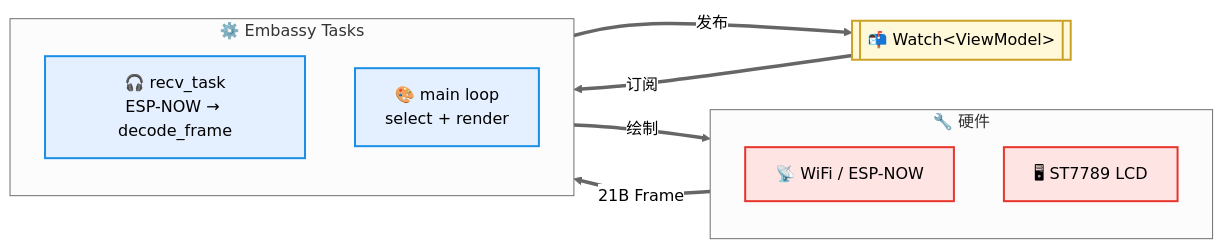
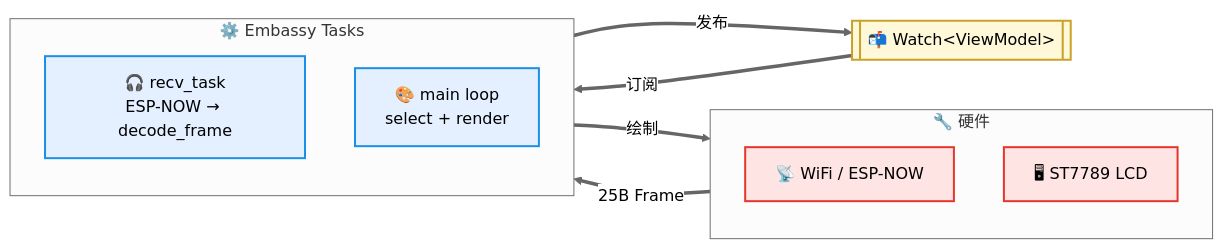
The first of 2 diagrams in README.md (lf-wxp/c6), drawn with Mermaid (neutral theme) before and after one commit. The commit also changed other lines of this file and 8 other files, not shown here.

````diff
--- a/README.md
+++ b/README.md
@@ -150,28 +155,28 @@
 ```mermaid
 flowchart LR
     subgraph HW["🔧 硬件"]
         direction TB
         WIFI["📡 WiFi / ESP-NOW"]
         LCD["🖥 ST7789 LCD"]
     end
 
     subgraph Tasks["⚙️ Embassy Tasks"]
         direction TB
         Recv["🎧 recv_task<br/>ESP-NOW → decode_frame"]
         Main["🎨 main loop<br/>select + render"]
     end
 
     Watch[["📬 Watch&lt;ViewModel&gt;"]]
 
-    WIFI ==>|21B Frame| Recv
+    WIFI ==>|25B Frame| Recv
     Recv ==>|发布| Watch
     Watch ==>|订阅| Main
     Main ==>|绘制| LCD
 
     classDef hw fill:#ffe4e4,stroke:#e7352c,stroke-width:2px,color:#000
     classDef task fill:#e4efff,stroke:#1a8fe6,stroke-width:2px,color:#000
     classDef pipe fill:#fff8d9,stroke:#c9a227,stroke-width:2px,color:#000
     class WIFI,LCD hw
     class Recv,Main task
     class Watch pipe
 ```
````
